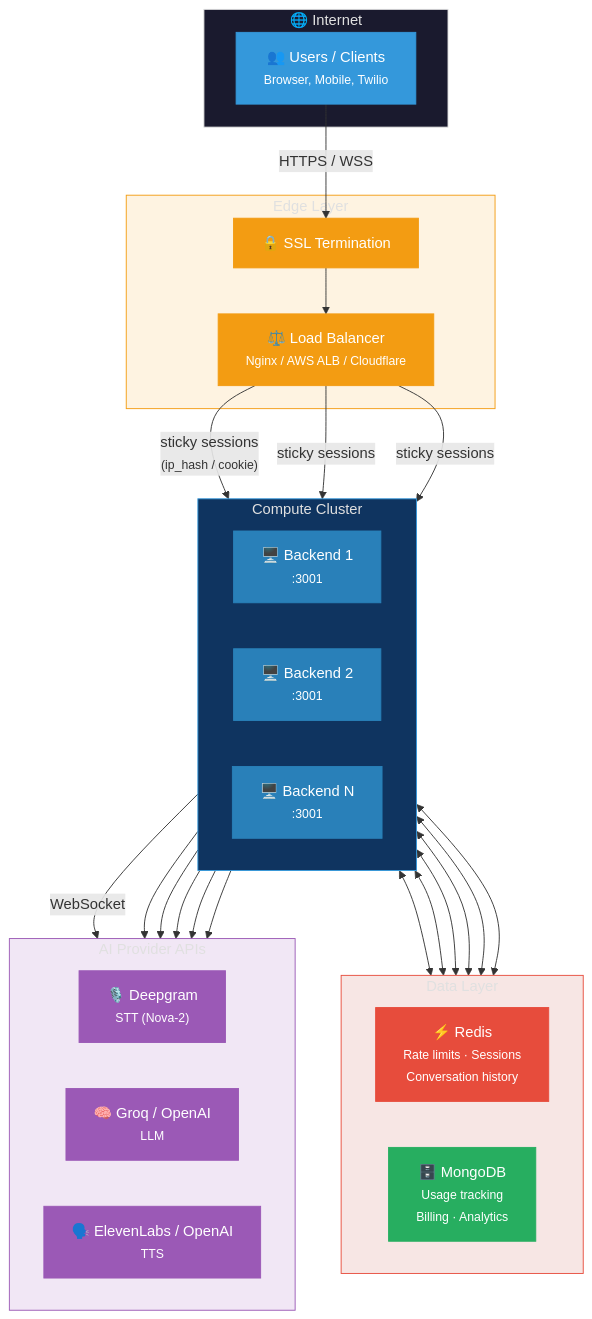
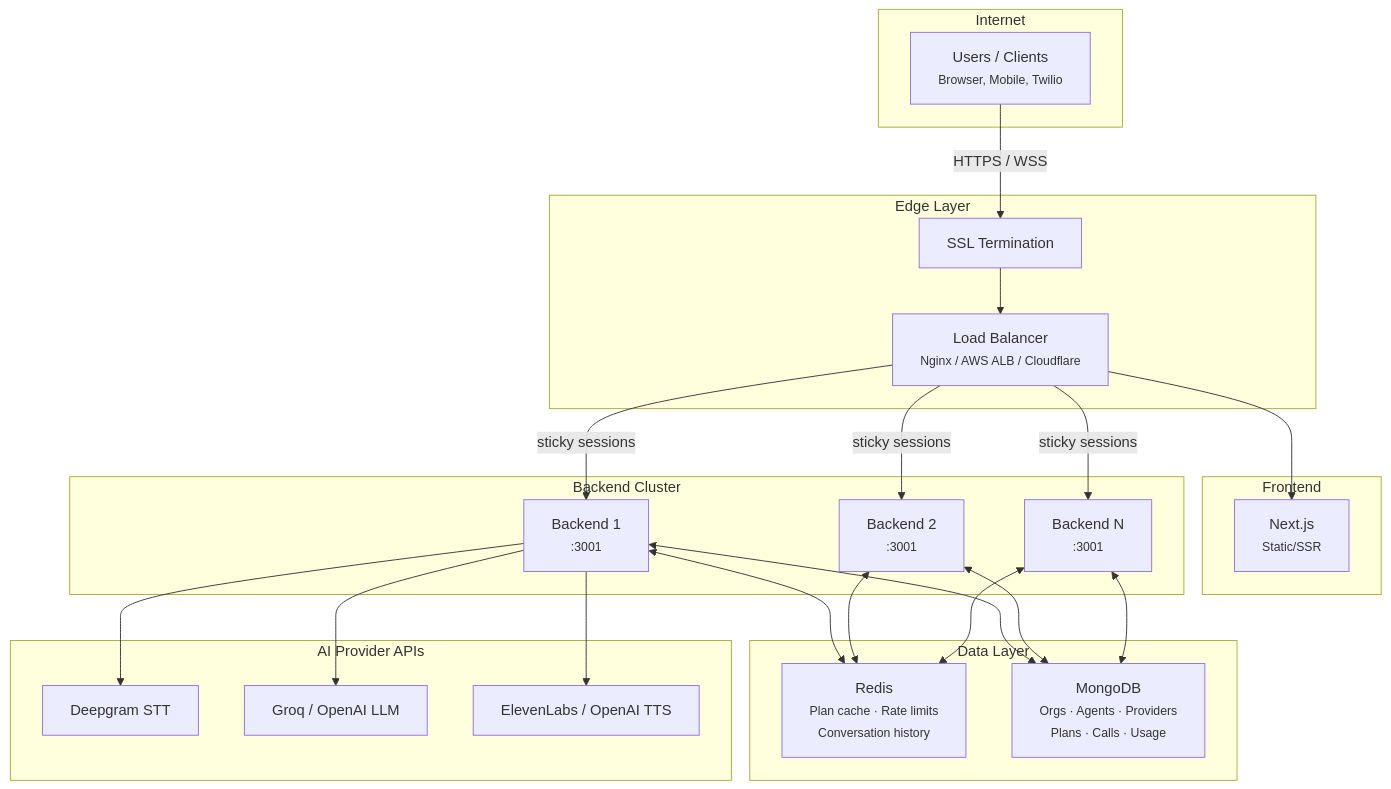
Before and after one commit to xettri/voicex: the diagram in docs/src/deployment.md, drawn with Mermaid. The commit also changed other lines of this file and 48 other files, not shown here.

````diff
--- a/docs/src/deployment.md
+++ b/docs/src/deployment.md
@@ -9,69 +9,51 @@
 ```mermaid
 graph TB
-    subgraph Internet ["🌐 Internet"]
-        USERS["👥 Users / Clients<br/><small>Browser, Mobile, Twilio</small>"]
+    subgraph Internet ["Internet"]
+        USERS["Users / Clients<br/><small>Browser, Mobile, Twilio</small>"]
     end
 
     subgraph Edge ["Edge Layer"]
-        SSL["🔒 SSL Termination"]
-        LB["⚖️ Load Balancer<br/><small>Nginx / AWS ALB / Cloudflare</small>"]
+        SSL["SSL Termination"]
+        LB["Load Balancer<br/><small>Nginx / AWS ALB / Cloudflare</small>"]
     end
 
-    subgraph Compute ["Compute Cluster"]
-        direction LR
-        B1["🖥️ Backend 1<br/><small>:3001</small>"]
-        B2["🖥️ Backend 2<br/><small>:3001</small>"]
-        B3["🖥️ Backend N<br/><small>:3001</small>"]
+    subgraph Frontend_Cluster ["Frontend"]
+        FE["Next.js<br/><small>Static/SSR</small>"]
+    end
+
+    subgraph Compute ["Backend Cluster"]
+        B1["Backend 1<br/><small>:3001</small>"]
+        B2["Backend 2<br/><small>:3001</small>"]
+        B3["Backend N<br/><small>:3001</small>"]
     end
 
     subgraph Data ["Data Layer"]
-        direction LR
-        REDIS["⚡ Redis<br/><small>Rate limits · Sessions<br/>Conversation history</small>"]
-        MONGO["🗄️ MongoDB<br/><small>Usage tracking<br/>Billing · Analytics</small>"]
+        REDIS["Redis<br/><small>Plan cache · Rate limits<br/>Conversation history</small>"]
+        MONGO["MongoDB<br/><small>Orgs · Agents · Providers<br/>Plans · Calls · Usage</small>"]
     end
 
     subgraph AI ["AI Provider APIs"]
-        direction LR
-        DG["🎙️ Deepgram<br/><small>STT (Nova-2)</small>"]
-        GRQ["🧠 Groq / OpenAI<br/><small>LLM</small>"]
-        EL["🗣️ ElevenLabs / OpenAI<br/><small>TTS</small>"]
+        DG["Deepgram STT"]
+        GRQ["Groq / OpenAI LLM"]
+        EL["ElevenLabs / OpenAI TTS"]
     end
 
     USERS -->|"HTTPS / WSS"| SSL
     SSL --> LB
-    LB -->|"sticky sessions<br/><small>(ip_hash / cookie)</small>"| B1
+    LB --> FE
+    LB -->|"sticky sessions"| B1
     LB -->|"sticky sessions"| B2
     LB -->|"sticky sessions"| B3
 
     B1 <--> REDIS
     B2 <--> REDIS
     B3 <--> REDIS
 
     B1 <--> MONGO
     B2 <--> MONGO
     B3 <--> MONGO
 
-    B1 -->|"WebSocket"| DG
+    B1 --> DG
     B1 --> GRQ
     B1 --> EL
-    B2 --> DG
-    B2 --> GRQ
-    B2 --> EL
-
-    style Internet fill:#1a1a2e,stroke:#e0e0e0,color:#e0e0e0
-    style Edge fill:#f39c1220,stroke:#f39c12,color:#e0e0e0
-    style Compute fill:#0f3460,stroke:#3498db,color:#e0e0e0
-    style Data fill:#c0392b20,stroke:#e74c3c,color:#e0e0e0
-    style AI fill:#8e44ad20,stroke:#9b59b6,color:#e0e0e0
-    style USERS fill:#3498db,stroke:#3498db,color:#fff
-    style SSL fill:#f39c12,stroke:#f39c12,color:#fff
-    style LB fill:#f39c12,stroke:#f39c12,color:#fff
-    style B1 fill:#2980b9,stroke:#2980b9,color:#fff
-    style B2 fill:#2980b9,stroke:#2980b9,color:#fff
-    style B3 fill:#2980b9,stroke:#2980b9,color:#fff
-    style REDIS fill:#e74c3c,stroke:#e74c3c,color:#fff
-    style MONGO fill:#27ae60,stroke:#27ae60,color:#fff
-    style DG fill:#9b59b6,stroke:#9b59b6,color:#fff
-    style GRQ fill:#9b59b6,stroke:#9b59b6,color:#fff
-    style EL fill:#9b59b6,stroke:#9b59b6,color:#fff
 ```
````
